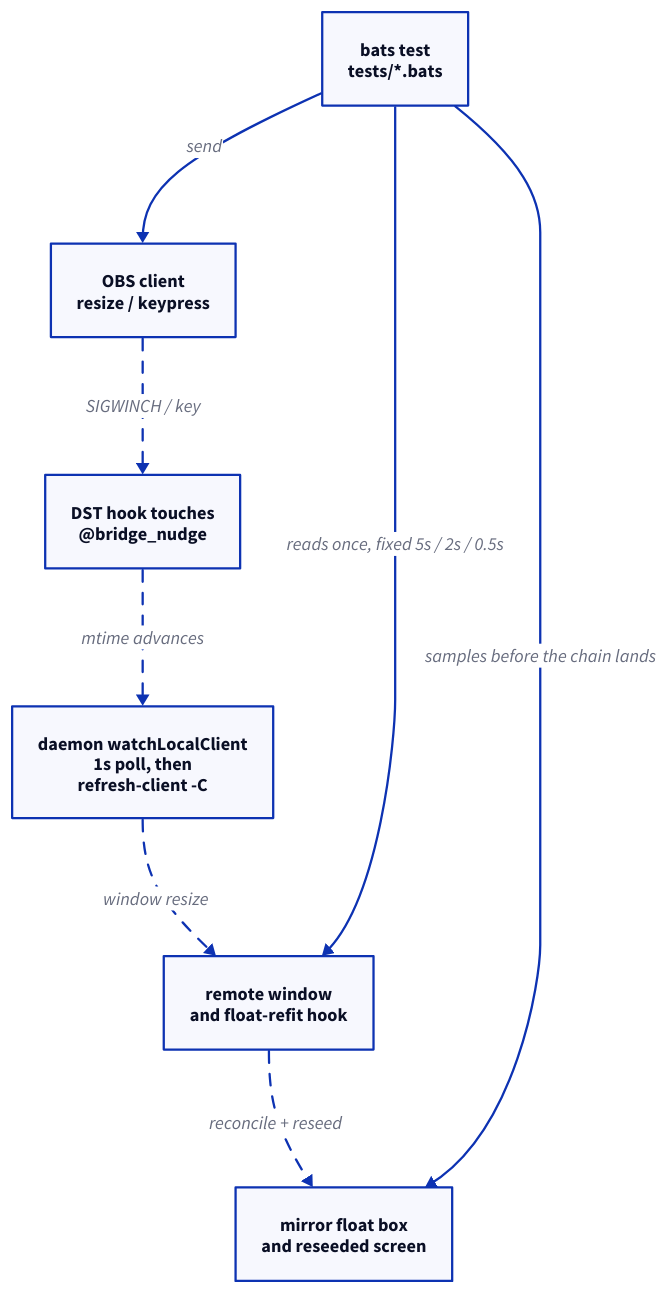
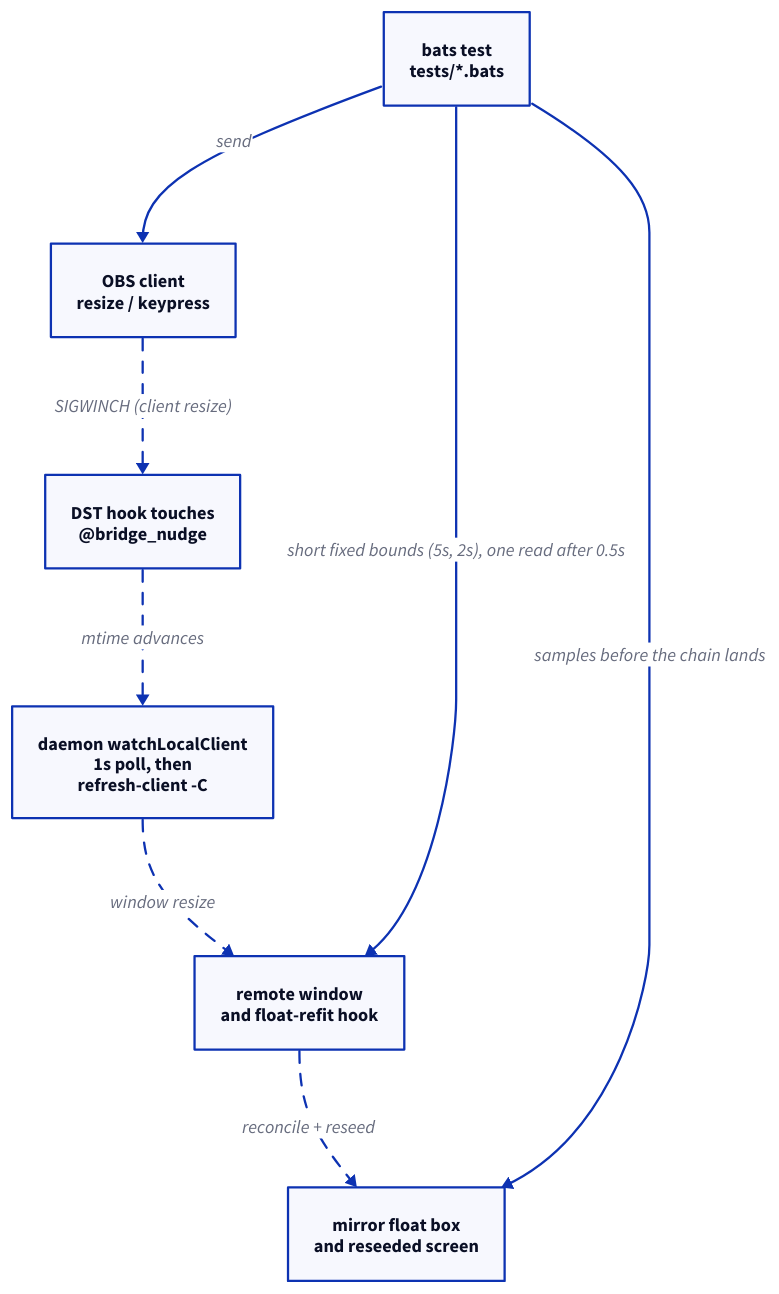
The diagram in docs/diagrams/2026-11-24-feat-1255-stabilise-two-macos-flaky-bridge-integra-issue.d2 (noamsto/tmux-og), drawn with D2 before and after one commit. The commit also changed 9 other files, not shown here.

```diff
--- a/docs/diagrams/2026-11-24-feat-1255-stabilise-two-macos-flaky-bridge-integra-issue.d2
+++ b/docs/diagrams/2026-11-24-feat-1255-stabilise-two-macos-flaky-bridge-integra-issue.d2
@@ -1,17 +1,17 @@
 direction: down
 
 test: "bats test\ntests/*.bats" { class: warn }
 obs: "OBS client\nresize / keypress"
 hook: "DST hook touches\n@bridge_nudge"
 poll: "daemon watchLocalClient\n1s poll, then\nrefresh-client -C"
 remote: "remote window\nand float-refit hook"
 mirror: "mirror float box\nand reseeded screen"
 
-obs -> hook: "SIGWINCH / key" { style.animated: true }
+obs -> hook: "SIGWINCH (client resize)" { style.animated: true }
 hook -> poll: "mtime advances" { style.animated: true }
 poll -> remote: "window resize" { style.animated: true }
 remote -> mirror: "reconcile + reseed" { style.animated: true }
 
 test -> obs: "send"
-test -> remote: "reads once, fixed 5s / 2s / 0.5s" { class: warn }
+test -> remote: "short fixed bounds (5s, 2s), one read after 0.5s" { class: warn }
 test -> mirror: "samples before the chain lands" { class: warn }
```
